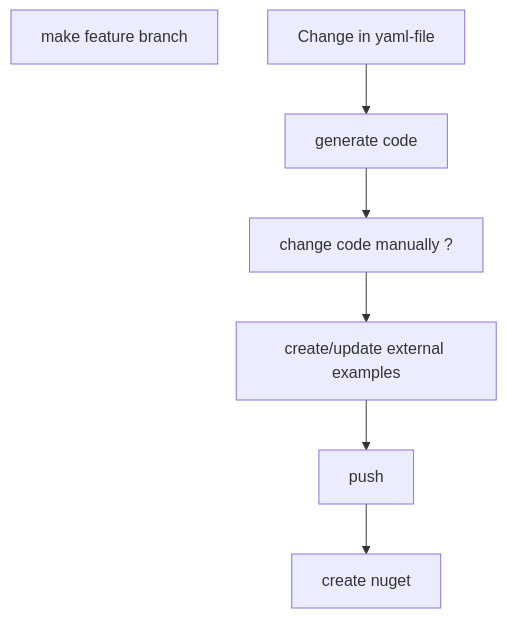
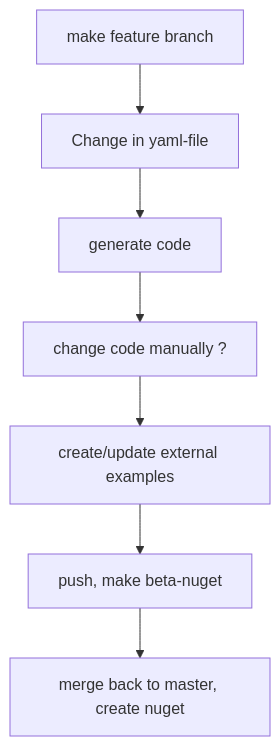
One commit to PxTools/PxApiSpecs changed the diagram in generator/Readme.md. Above: the diagram before and after it, drawn with Mermaid.

````diff
--- a/generator/Readme.md
+++ b/generator/Readme.md
@@ -3,9 +3,9 @@
 ```mermaid
   graph TD;
-      A0[make feature branch]
+      A0[make feature branch]-->A
       A[Change in yaml-file]-->B[generate code];
       B-->C[change code manually ?];
       C-->D[create/update external examples];
-      D-->E[push];
-      E-->F[create nuget];
+      D-->E[push, make beta-nuget];
+      E-->F[ merge back to master, create nuget];
 ```
````
